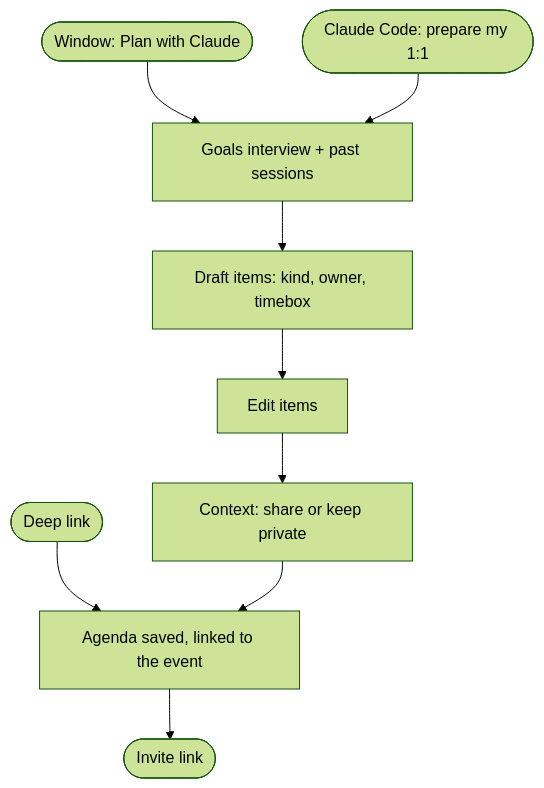
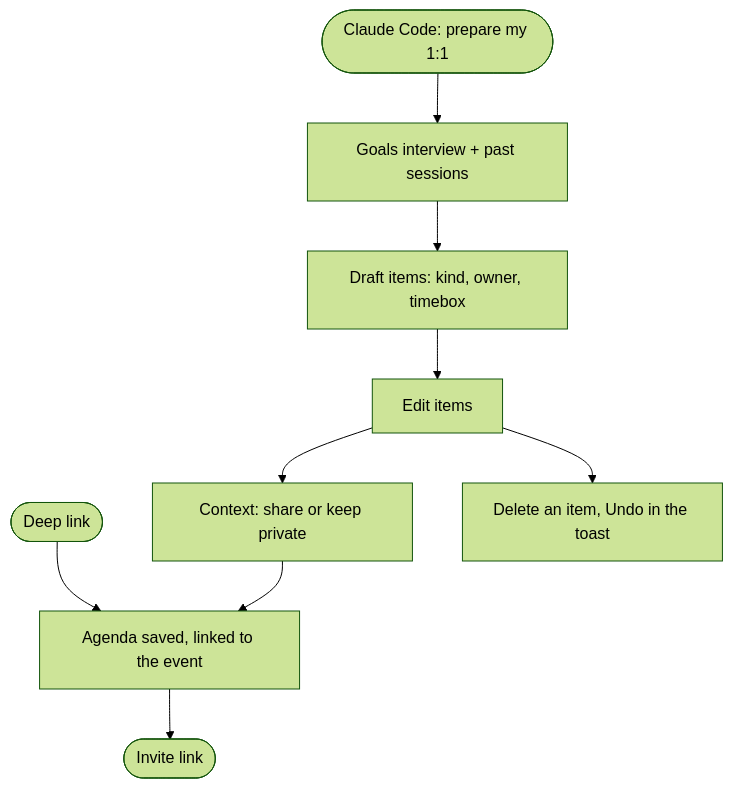
One commit to Kacper-Lubisz/kacola changed diagram 37 of 44 in docs/user-stories.md. Above: the diagram before and after it, drawn with Mermaid (forest theme). The commit also changed other lines of this file and 35 other files, not shown here.

````diff
--- a/docs/user-stories.md
+++ b/docs/user-stories.md
@@ -901,16 +907,16 @@
 ```mermaid
 flowchart TD
-  A([Window: Plan with Claude]) --> C[Goals interview + past sessions]
-  B([Claude Code: prepare my 1:1]) --> C
+  B([Claude Code: prepare my 1:1]) --> C[Goals interview + past sessions]
   L([Deep link]) --> S
   C --> D[Draft items: kind, owner, timebox]
   D --> E[Edit items]
   E --> F[Context: share or keep private]
+  E --> X[Delete an item, Undo in the toast]
   F --> S[Agenda saved, linked to the event]
   S --> I([Invite link])
-  %% shot: A = agenda-plan__window__plan-with-claude
+  %% shot: X = agenda-plan__window__delete-undo
   %% shot: C = agenda-plan__skill__interview
   %% shot: E = agenda-plan__edit__items
   %% shot: F = agenda-plan__context__share-or-keep
   %% shot: S = agenda-plan__saved__agenda
 ```
````
